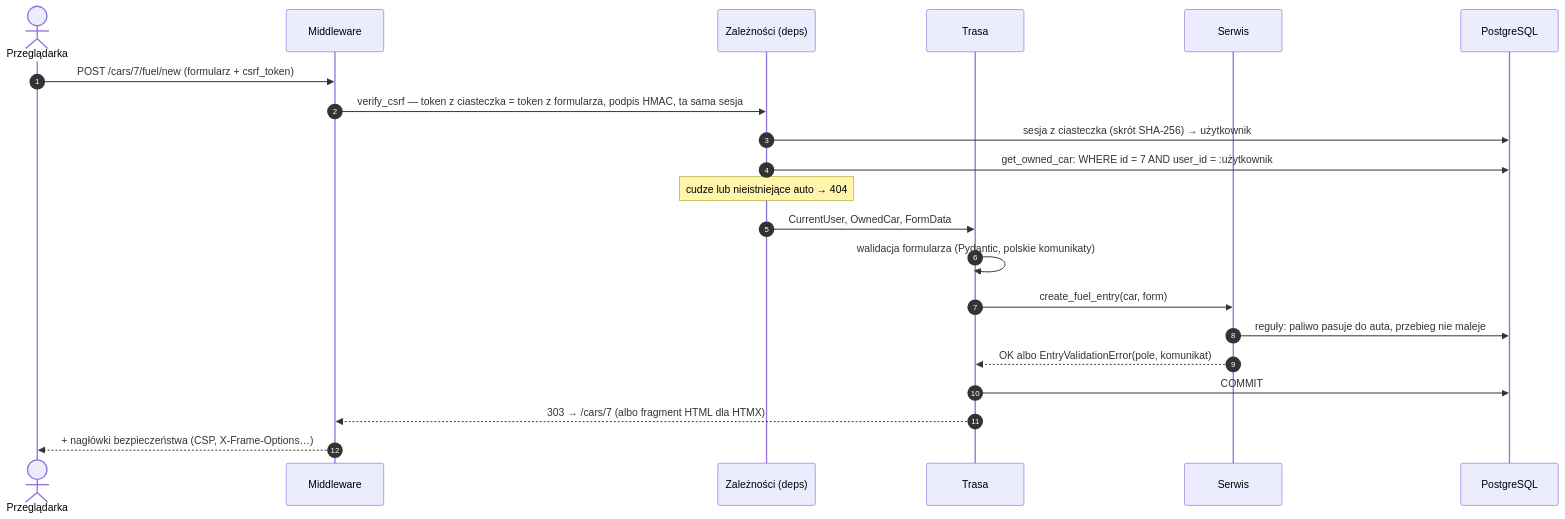
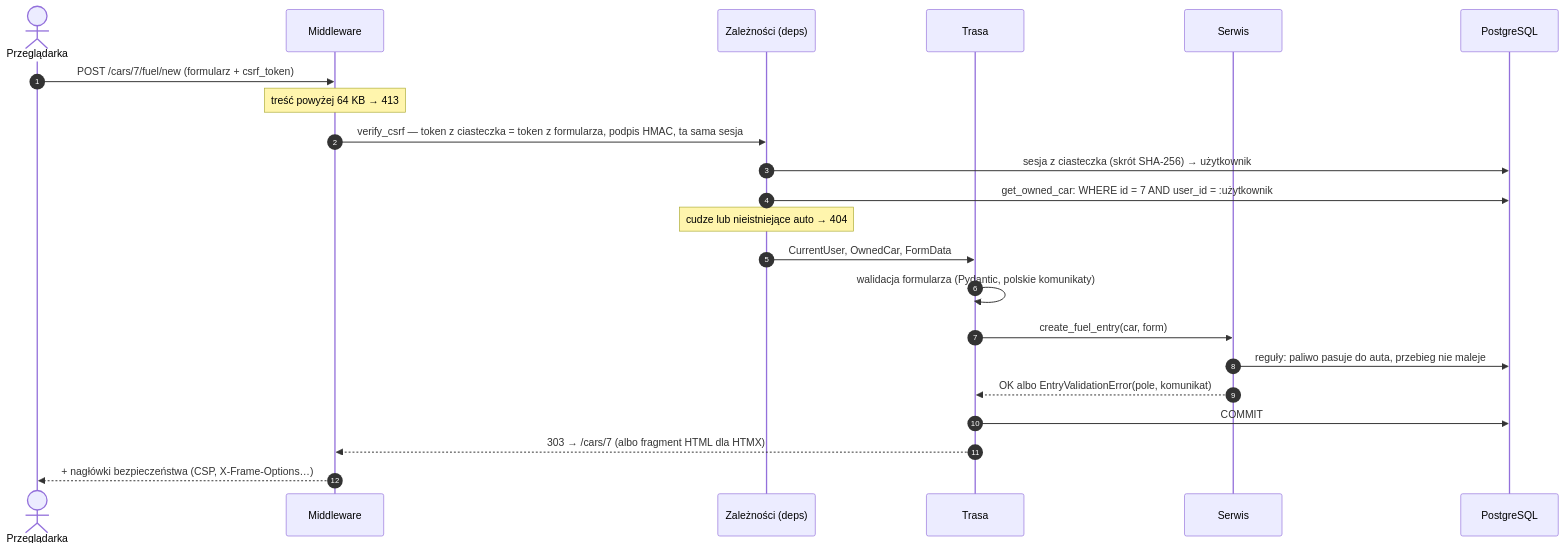
One commit to PSkrzyp11/GarageLog changed the first of 3 diagrams in docs/architecture.md. Above: the diagram before and after it, drawn with Mermaid. The commit also changed other lines of this file and 34 other files, not shown here.

````diff
--- a/docs/architecture.md
+++ b/docs/architecture.md
@@ -15,24 +15,25 @@
 ```mermaid
 sequenceDiagram
     autonumber
     actor U as Przeglądarka
     participant M as Middleware
     participant D as Zależności (deps)
     participant R as Trasa
     participant S as Serwis
     participant DB as PostgreSQL
 
     U->>M: POST /cars/7/fuel/new (formularz + csrf_token)
+    Note over M: treść powyżej 64 KB → 413
     M->>D: verify_csrf — token z ciasteczka = token z formularza, podpis HMAC, ta sama sesja
     D->>DB: sesja z ciasteczka (skrót SHA-256) → użytkownik
     D->>DB: get_owned_car: WHERE id = 7 AND user_id = :użytkownik
     Note over D: cudze lub nieistniejące auto → 404
     D->>R: CurrentUser, OwnedCar, FormData
     R->>R: walidacja formularza (Pydantic, polskie komunikaty)
     R->>S: create_fuel_entry(car, form)
     S->>DB: reguły: paliwo pasuje do auta, przebieg nie maleje
     S-->>R: OK albo EntryValidationError(pole, komunikat)
     R->>DB: COMMIT
     R-->>M: 303 → /cars/7 (albo fragment HTML dla HTMX)
     M-->>U: + nagłówki bezpieczeństwa (CSP, X-Frame-Options…)
 ```
````
